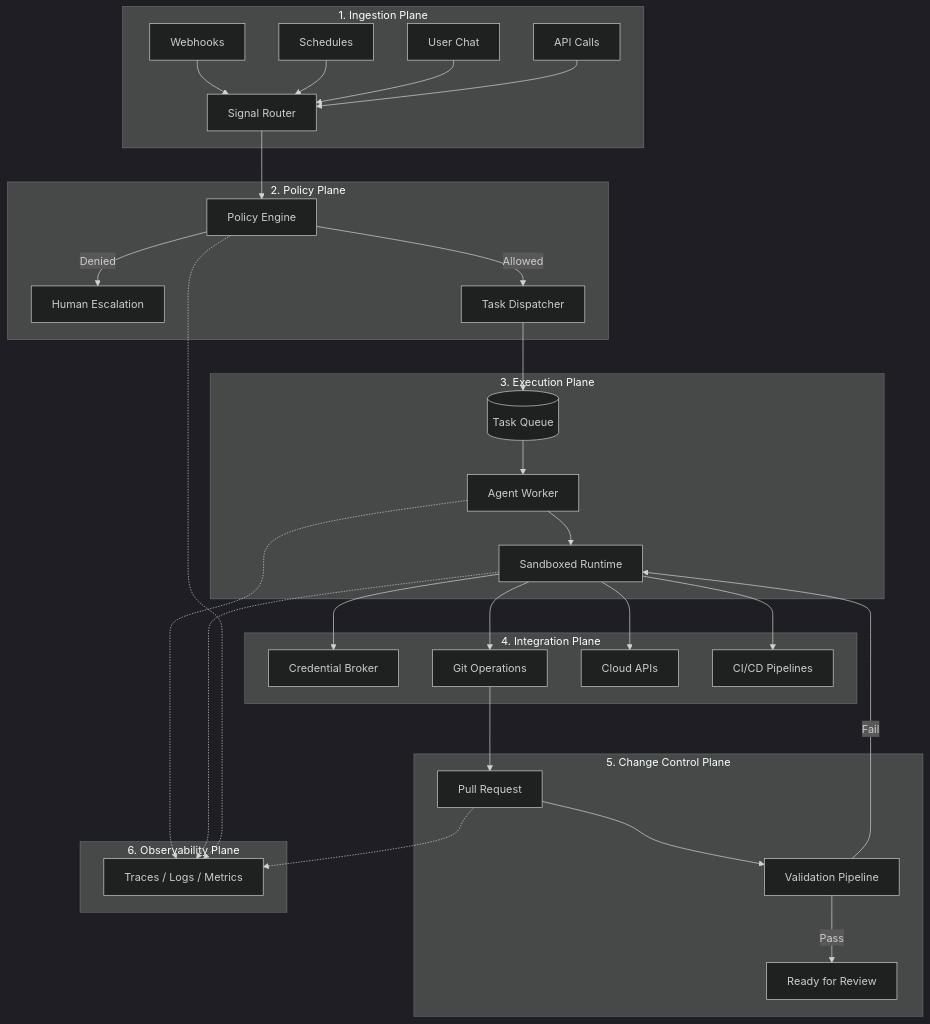
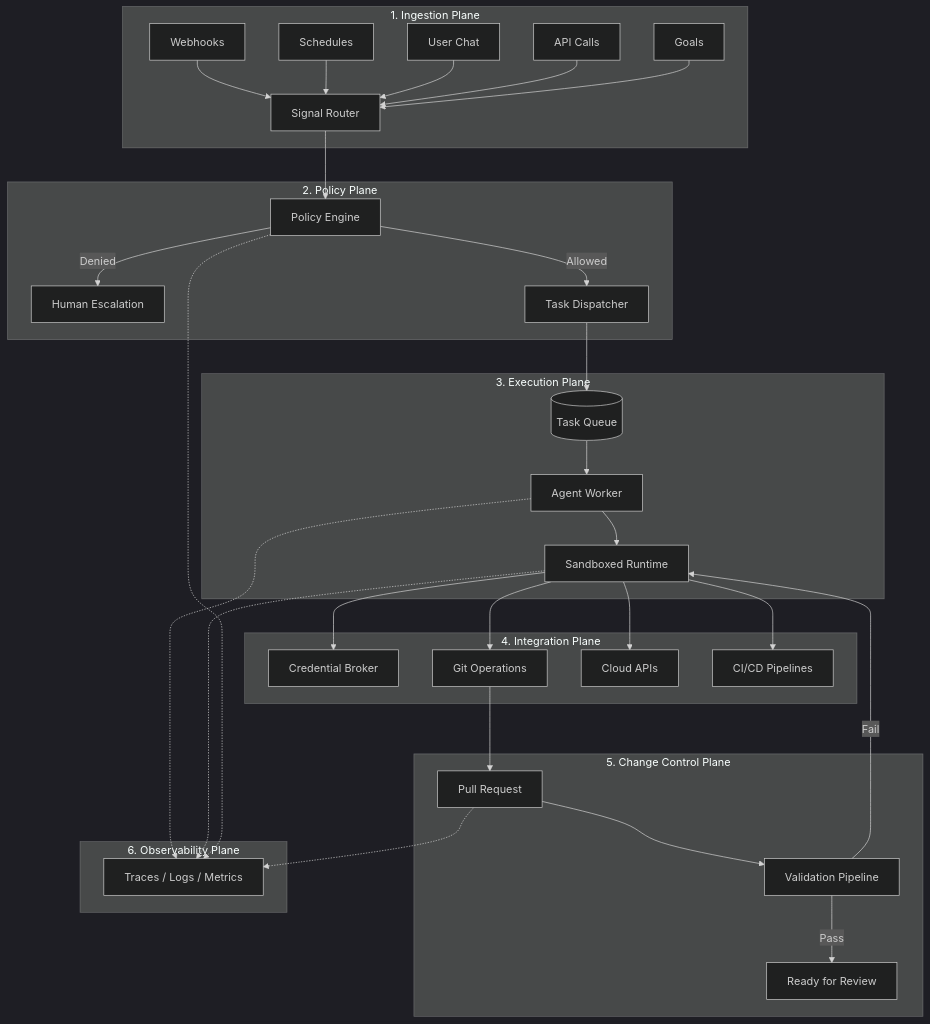
The first of 3 diagrams in 01-architecture.md (Cloudgeni-ai/infrastructure-agents-guide), drawn with Mermaid (dark theme) before and after one commit. The commit also changed other lines of this file and 13 other files, not shown here.

````diff
--- a/01-architecture.md
+++ b/01-architecture.md
@@ -13,42 +13,43 @@
 ```mermaid
 graph TB
     subgraph "1. Ingestion Plane"
         A1[Webhooks] --> IP[Signal Router]
         A2[Schedules] --> IP
         A3[User Chat] --> IP
         A4[API Calls] --> IP
+        A5[Goals] --> IP
     end
 
     subgraph "2. Policy Plane"
         IP --> PP[Policy Engine]
         PP --> |Denied| FALLBACK[Human Escalation]
         PP --> |Allowed| DISPATCH
     end
 
     subgraph "3. Execution Plane"
         DISPATCH[Task Dispatcher] --> QUEUE[(Task Queue)]
         QUEUE --> WORKER[Agent Worker]
         WORKER --> SANDBOX[Sandboxed Runtime]
     end
 
     subgraph "4. Integration Plane"
         SANDBOX --> CREDS[Credential Broker]
         SANDBOX --> GIT[Git Operations]
         SANDBOX --> CLOUD[Cloud APIs]
         SANDBOX --> CICD[CI/CD Pipelines]
     end
 
     subgraph "5. Change Control Plane"
         GIT --> PR[Pull Request]
         PR --> VALIDATE[Validation Pipeline]
         VALIDATE --> |Pass| READY[Ready for Review]
         VALIDATE --> |Fail| SANDBOX
     end
 
     subgraph "6. Observability Plane"
         WORKER -.-> OBS[Traces / Logs / Metrics]
         SANDBOX -.-> OBS
         PP -.-> OBS
         PR -.-> OBS
     end
 ```
````
